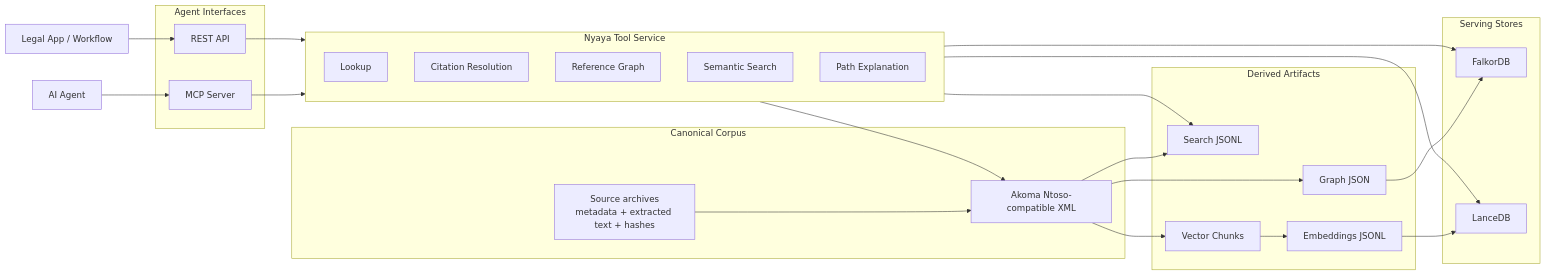
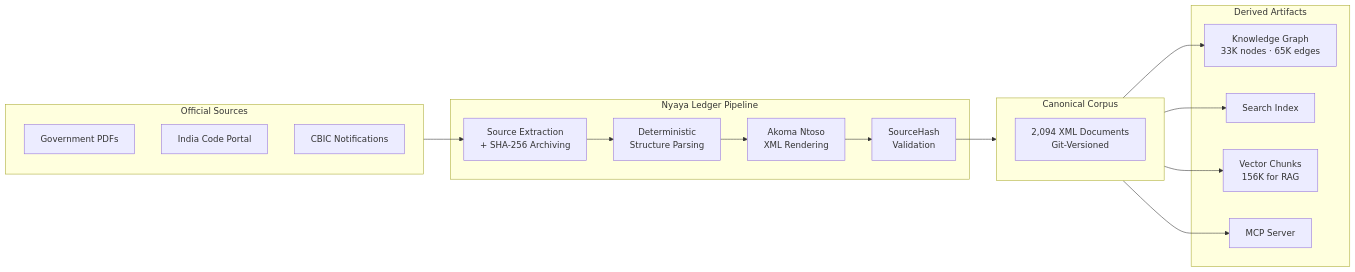
Before and after one commit to shikharpant/nyaya-ledger: the first of 5 diagrams in README.md, drawn with Mermaid. The commit also changed other lines of this file, not shown here.

Commit message:
Update README corpus overview

````diff
--- a/README.md
+++ b/README.md
@@ -149,46 +91,29 @@
 ```mermaid
 flowchart LR
-    Agent["AI Agent"]
-    App["Legal App / Workflow"]
-
-    subgraph Interfaces["Agent Interfaces"]
-        MCP["MCP Server"]
-        REST["REST API"]
+    subgraph Sources["Official Sources"]
+        PDF["Government PDFs"]
+        PORTAL["India Code Portal"]
+        CBIC["CBIC Notifications"]
     end
 
-    subgraph Tools["Nyaya Tool Service"]
-        LOOKUP["Lookup"]
-        CITE["Citation Resolution"]
-        GRAPH["Reference Graph"]
-        SEM["Semantic Search"]
-        PATH["Path Explanation"]
+    subgraph Pipeline["Nyaya Ledger Pipeline"]
+        EXTRACT["Source Extraction<br/>+ SHA-256 Archiving"]
+        PARSE["Deterministic<br/>Structure Parsing"]
+        RENDER["Akoma Ntoso<br/>XML Rendering"]
+        VALIDATE["SourceHash<br/>Validation"]
     end
 
-    subgraph Canonical["Canonical Corpus"]
-        XML["Akoma Ntoso-compatible XML"]
-        SRC["Source archives<br/>metadata + extracted text + hashes"]
+    subgraph Corpus["Canonical Corpus"]
+        XML["2,094 XML Documents<br/>Git-Versioned"]
     end
 
     subgraph Derived["Derived Artifacts"]
-        GJSON["Graph JSON"]
-        SEARCH["Search JSONL"]
-        CHUNKS["Vector Chunks"]
-        EMBED["Embeddings JSONL"]
+        GRAPH["Knowledge Graph<br/>33K nodes · 65K edges"]
+        SEARCH["Search Index"]
+        VECTOR["Vector Chunks<br/>156K for RAG"]
+        MCP["MCP Server"]
     end
 
-    subgraph Stores["Serving Stores"]
-        FALKOR["FalkorDB"]
-        LANCE["LanceDB"]
-    end
-
-    Agent --> MCP --> Tools
-    App --> REST --> Tools
-    Tools --> XML
-    Tools --> SEARCH
-    Tools --> FALKOR
-    Tools --> LANCE
-    SRC --> XML
-    XML --> GJSON --> FALKOR
-    XML --> SEARCH
-    XML --> CHUNKS --> EMBED --> LANCE
+    Sources --> EXTRACT --> PARSE --> RENDER --> VALIDATE --> Corpus
+    Corpus --> GRAPH & SEARCH & VECTOR & MCP
 ```
````
